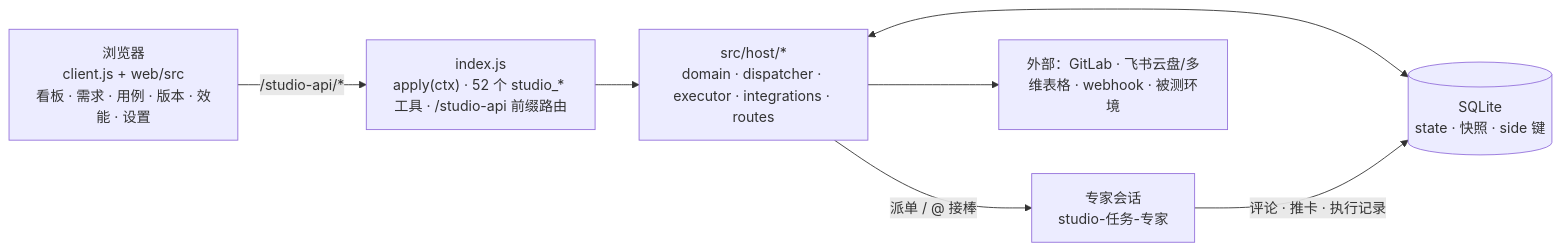
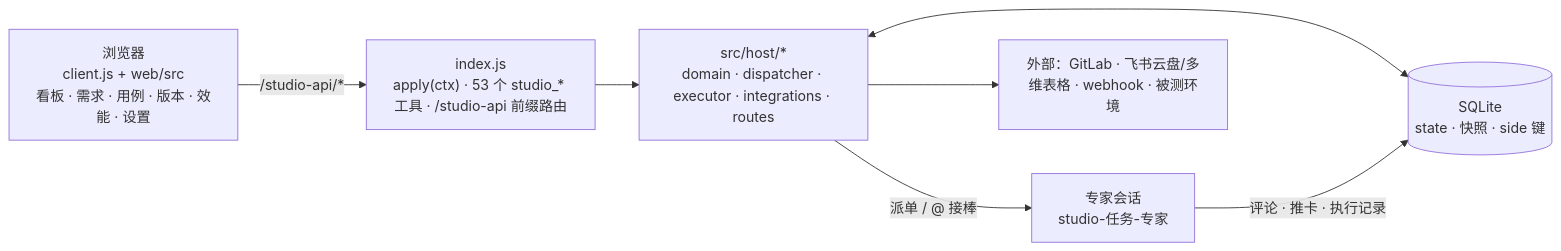
Before and after one commit to marsken88/dsh-studio: the diagram in README.md, drawn with Mermaid. The commit also changed other lines of this file and 19 other files, not shown here.

````diff
--- a/README.md
+++ b/README.md
@@ -66,15 +66,15 @@
 ```mermaid
 flowchart LR
   UI["浏览器<br/>client.js + web/src<br/>看板 · 需求 · 用例 · 版本 · 效能 · 设置"]
-  API["index.js<br/>apply(ctx) · 52 个 studio_* 工具 · /studio-api 前缀路由"]
+  API["index.js<br/>apply(ctx) · 53 个 studio_* 工具 · /studio-api 前缀路由"]
   HOST["src/host/*<br/>domain · dispatcher · executor · integrations · routes"]
   DB[("SQLite<br/>state · 快照 · side 键")]
   AGENT["专家会话<br/>studio-任务-专家"]
   EXT["外部：GitLab · 飞书云盘/多维表格 · webhook · 被测环境"]
   UI -->|"/studio-api/*"| API
   API --> HOST
   HOST <--> DB
   HOST -->|"派单 / @ 接棒"| AGENT
   AGENT -->|"评论 · 推卡 · 执行记录"| DB
   HOST --> EXT
 ```
````
